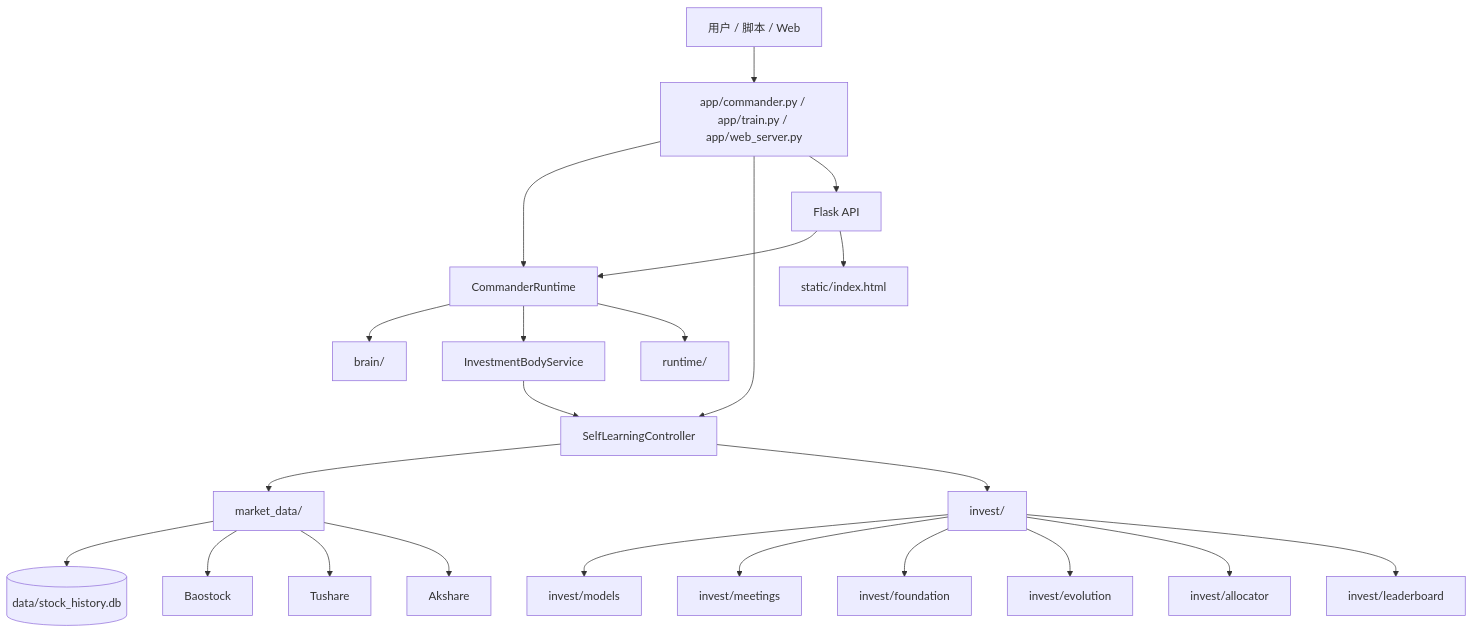
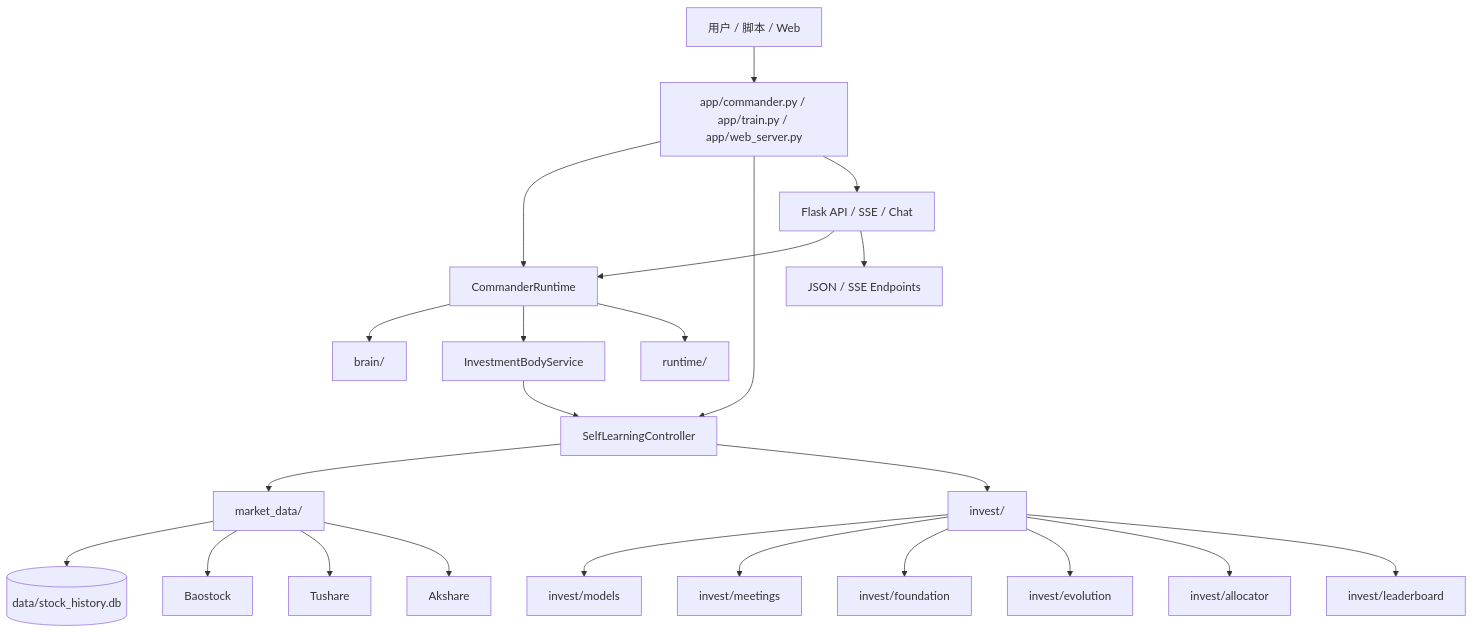
Before and after one commit to stephenxie990-blip/invest-evolution: the first of 5 diagrams in docs/blueprints/ARCHITECTURE_DIAGRAM.md, drawn with Mermaid. The commit also changed 112 other files, not shown here.

````diff
--- a/docs/blueprints/ARCHITECTURE_DIAGRAM.md
+++ b/docs/blueprints/ARCHITECTURE_DIAGRAM.md
@@ -5,31 +5,31 @@
 ```mermaid
 flowchart TD
     USER[用户 / 脚本 / Web] --> ENTRY[app/commander.py / app/train.py / app/web_server.py]
 
     ENTRY --> CMD[CommanderRuntime]
     ENTRY --> TRAIN[SelfLearningController]
-    ENTRY --> WEB[Flask API]
+    ENTRY --> WEB[Flask API / SSE / Chat]
 
     CMD --> BRAIN[brain/]
     CMD --> BODY[InvestmentBodyService]
     WEB --> CMD
     BODY --> TRAIN
 
     TRAIN --> DATA[market_data/]
     TRAIN --> DOMAIN[invest/]
 
     DATA --> DB[(data/stock_history.db)]
     DATA --> SRC1[Baostock]
     DATA --> SRC2[Tushare]
     DATA --> SRC3[Akshare]
 
     DOMAIN --> MODELS[invest/models]
     DOMAIN --> MEET[invest/meetings]
     DOMAIN --> FOUNDATION[invest/foundation]
     DOMAIN --> EVO[invest/evolution]
     DOMAIN --> ALLOC[invest/allocator]
     DOMAIN --> BOARD[invest/leaderboard]
 
     CMD --> RUNTIME[runtime/]
-    WEB --> STATIC[static/index.html]
+    WEB --> API[JSON / SSE Endpoints]
 ```
````
